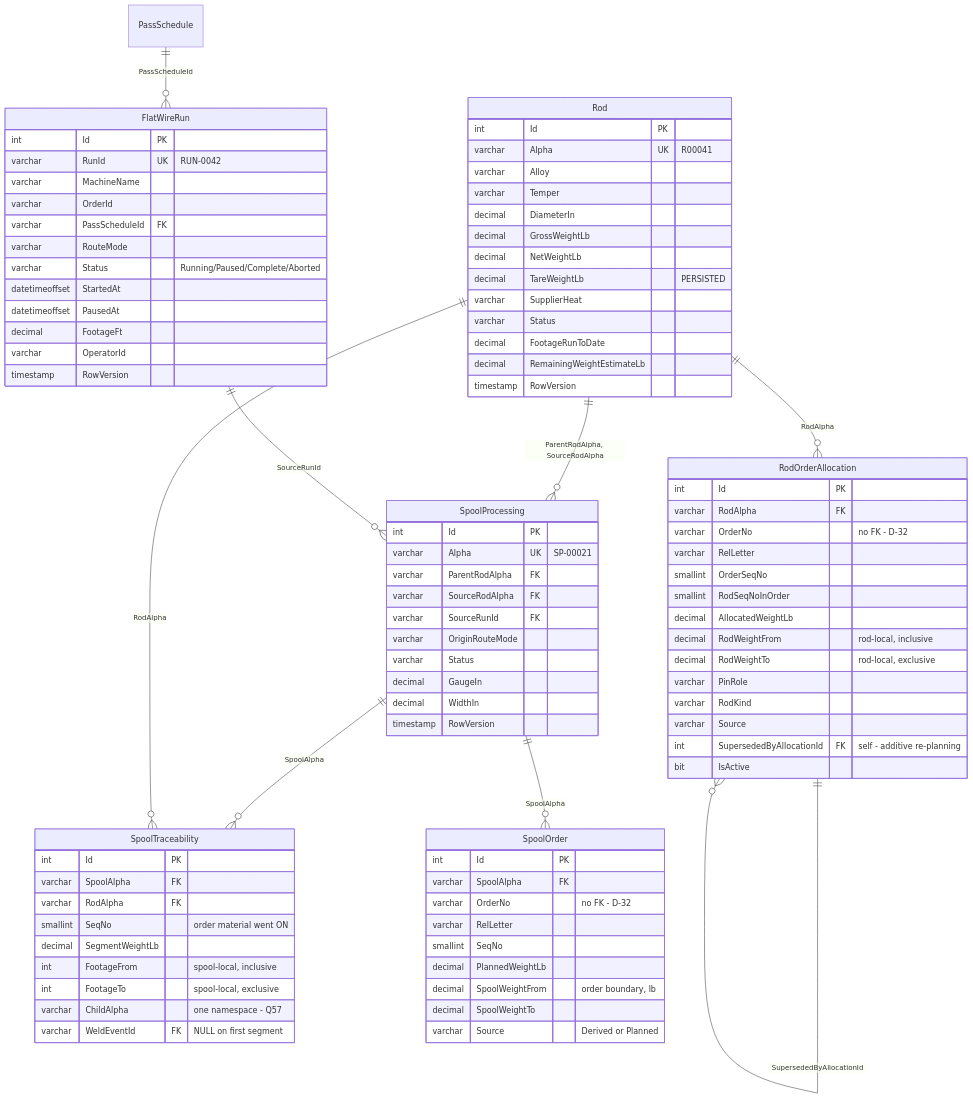
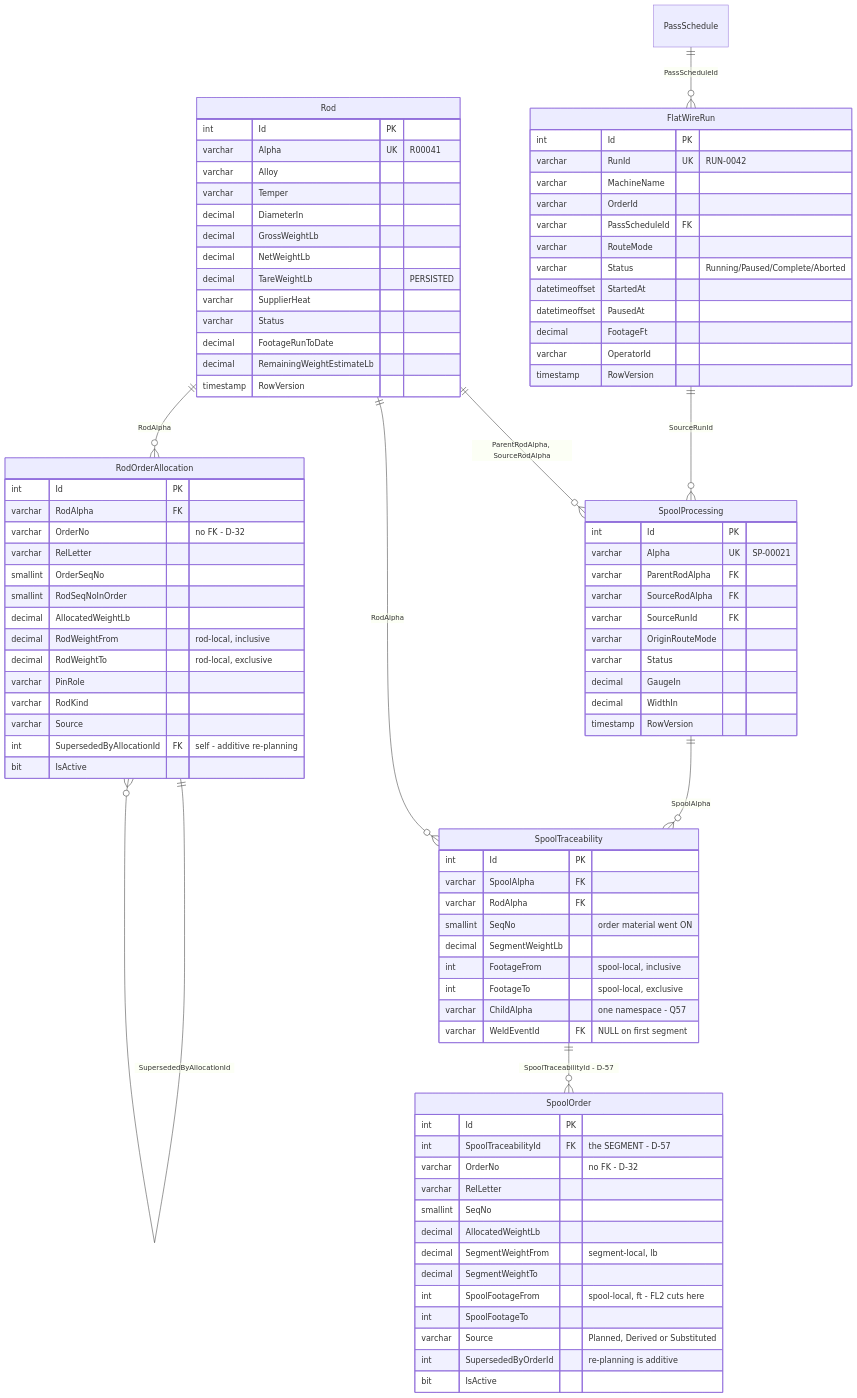
The fifth of 7 diagrams in 30-database/DatabaseDesign.md (UnitedAluminum/Flatwire-planning), drawn with Mermaid before and after one commit. The commit also changed other lines of this file and 145 other files, not shown here.

````diff
--- a/30-database/DatabaseDesign.md
+++ b/30-database/DatabaseDesign.md
@@ -892,14 +947,18 @@
     }
     SpoolOrder {
         int Id PK
-        varchar SpoolAlpha FK
+        int SpoolTraceabilityId FK "the SEGMENT - D-57"
         varchar OrderNo "no FK - D-32"
         varchar RelLetter
         smallint SeqNo
-        decimal PlannedWeightLb
-        decimal SpoolWeightFrom "order boundary, lb"
-        decimal SpoolWeightTo
-        varchar Source "Derived or Planned"
+        decimal AllocatedWeightLb
+        decimal SegmentWeightFrom "segment-local, lb"
+        decimal SegmentWeightTo
+        int SpoolFootageFrom "spool-local, ft - FL2 cuts here"
+        int SpoolFootageTo
+        varchar Source "Planned, Derived or Substituted"
+        int SupersededByOrderId "re-planning is additive"
+        bit IsActive
     }
     RodOrderAllocation {
         int Id PK
@@ -922,7 +981,7 @@
     PassSchedule ||--o{ FlatWireRun : "PassScheduleId"
     SpoolProcessing ||--o{ SpoolTraceability : "SpoolAlpha"
     Rod         ||--o{ SpoolTraceability : "RodAlpha"
-    SpoolProcessing ||--o{ SpoolOrder : "SpoolAlpha"
+    SpoolTraceability ||--o{ SpoolOrder : "SpoolTraceabilityId - D-57"
     Rod         ||--o{ RodOrderAllocation : "RodAlpha"
     RodOrderAllocation ||--o{ RodOrderAllocation : "SupersededByAllocationId"
 ```
````
